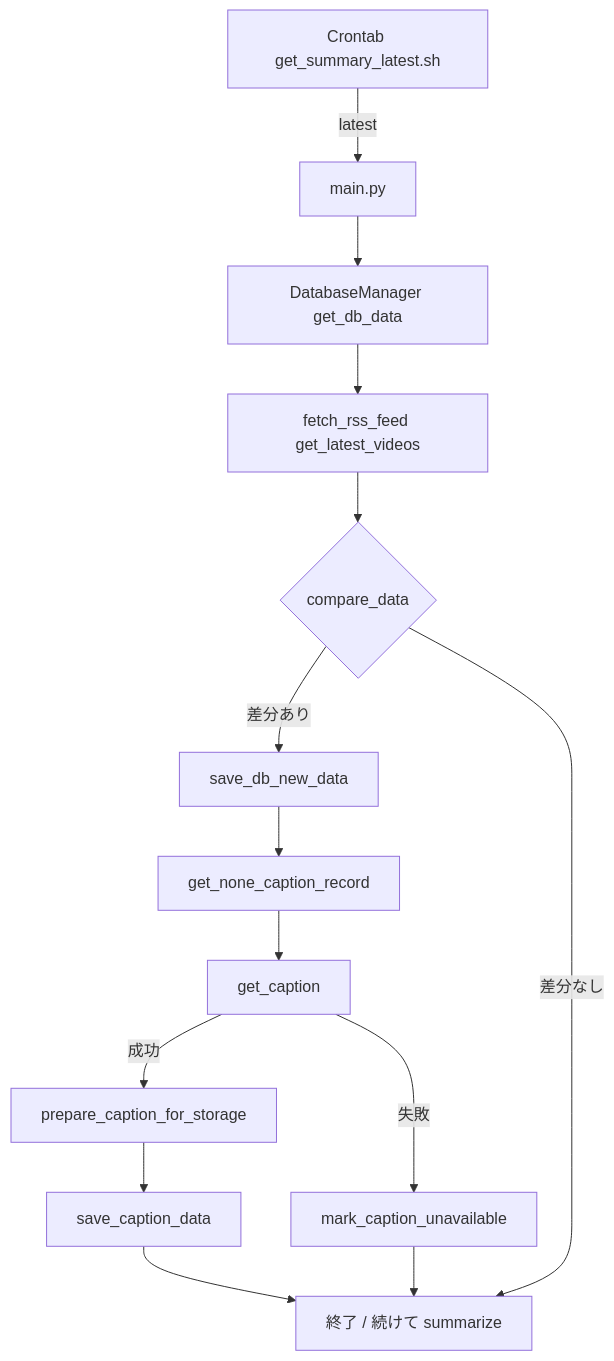
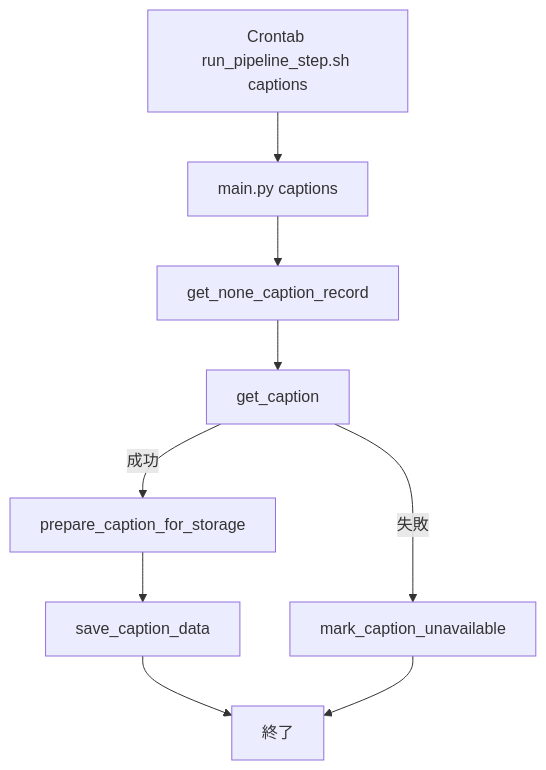
Before and after one commit to hoshimins/youtube_summary_bot: the second of 5 diagrams in document/flowchart.md, drawn with Mermaid. The commit also changed other lines of this file and 5 other files, not shown here.

````diff
--- a/document/flowchart.md
+++ b/document/flowchart.md
@@ -5,17 +18,11 @@
 ```mermaid
 graph TD
-Cron["Crontab get_summary_latest.sh"] -->|latest| Main["main.py"]
-Main --> DB["DatabaseManager get_db_data"]
-DB --> RSS["fetch_rss_feed get_latest_videos"]
-RSS --> compare{"compare_data"}
-
-compare -->|差分あり| SaveNew["save_db_new_data"]
-SaveNew --> NoCap["get_none_caption_record"]
-NoCap --> Cap["get_caption"]
+CronCaptions["Crontab run_pipeline_step.sh captions"] --> MainCaptions["main.py captions"]
+MainCaptions --> Rows["get_none_caption_record"]
+Rows --> Cap["get_caption"]
 Cap -->|成功| Prep["prepare_caption_for_storage"]
 Prep --> SaveCap["save_caption_data"]
 Cap -->|失敗| Mark["mark_caption_unavailable"]
-SaveCap --> End["終了 / 続けて summarize"]
-Mark --> End
-compare -->|差分なし| End
+SaveCap --> EndCaptions["終了"]
+Mark --> EndCaptions
 ```
````
